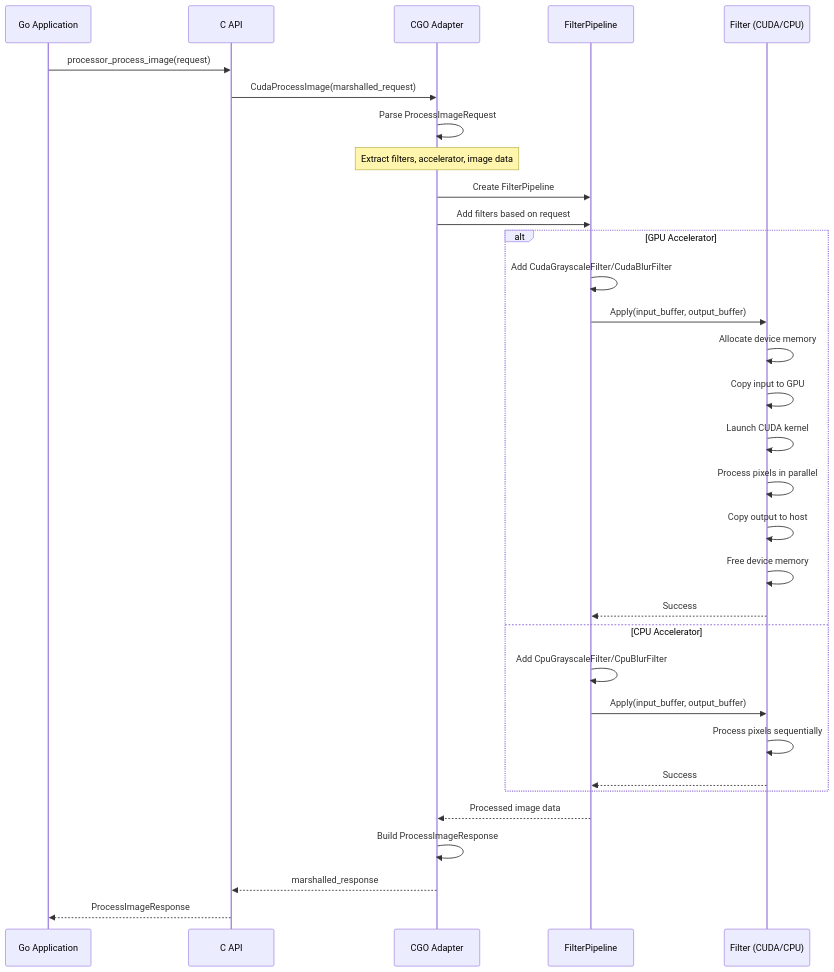
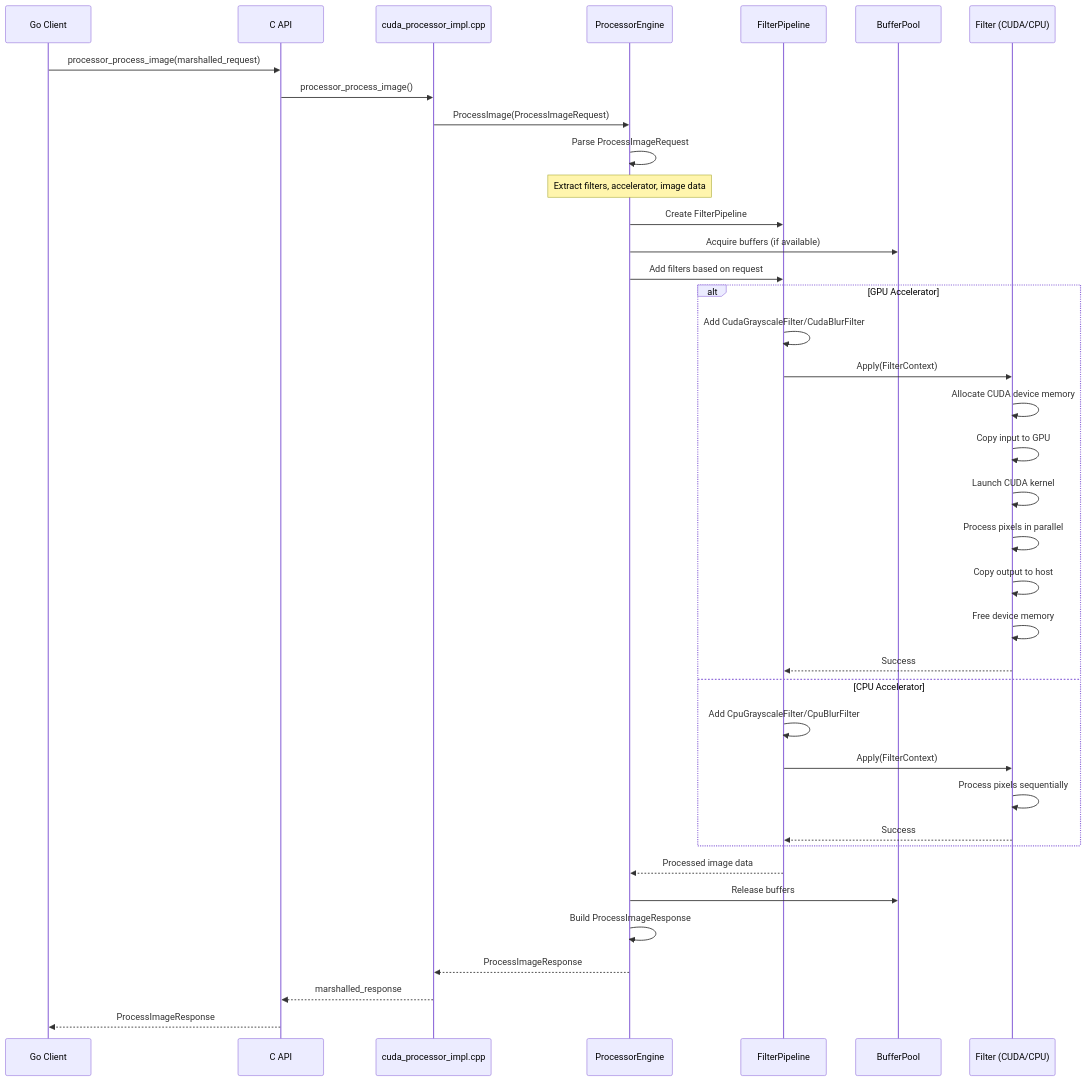
Before and after one commit to josnelihurt/learning-cuda: the fifth of 6 diagrams in cpp_accelerator/README.md, drawn with Mermaid. The commit also changed other lines of this file and 4 other files, not shown here.

````diff
--- a/cpp_accelerator/README.md
+++ b/cpp_accelerator/README.md
@@ -106,39 +198,45 @@
 ```mermaid
 sequenceDiagram
-    participant Go as Go Application
-    participant API as C API
-    participant CGO as CGO Adapter
+    participant GoClient as Go Client
+    participant CAPI as C API
+    participant Impl as cuda_processor_impl.cpp
+    participant Engine as ProcessorEngine
     participant Pipeline as FilterPipeline
+    participant BufferPool as BufferPool
     participant Filter as Filter (CUDA/CPU)
     
-    Go->>API: processor_process_image(request)
-    API->>CGO: CudaProcessImage(marshalled_request)
-    CGO->>CGO: Parse ProcessImageRequest
+    GoClient->>CAPI: processor_process_image(marshalled_request)
+    CAPI->>Impl: processor_process_image()
+    Impl->>Engine: ProcessImage(ProcessImageRequest)
     
-    Note over CGO: Extract filters, accelerator, image data
+    Engine->>Engine: Parse ProcessImageRequest
+    Note over Engine: Extract filters, accelerator, image data
     
-    CGO->>Pipeline: Create FilterPipeline
-    CGO->>Pipeline: Add filters based on request
+    Engine->>Pipeline: Create FilterPipeline
+    Engine->>BufferPool: Acquire buffers (if available)
+    Engine->>Pipeline: Add filters based on request
     
     alt GPU Accelerator
         Pipeline->>Pipeline: Add CudaGrayscaleFilter/CudaBlurFilter
-        Pipeline->>Filter: Apply(input_buffer, output_buffer)
-        Filter->>Filter: Allocate device memory
+        Pipeline->>Filter: Apply(FilterContext)
+        Filter->>Filter: Allocate CUDA device memory
         Filter->>Filter: Copy input to GPU
         Filter->>Filter: Launch CUDA kernel
         Filter->>Filter: Process pixels in parallel
         Filter->>Filter: Copy output to host
         Filter->>Filter: Free device memory
         Filter-->>Pipeline: Success
     else CPU Accelerator
         Pipeline->>Pipeline: Add CpuGrayscaleFilter/CpuBlurFilter
-        Pipeline->>Filter: Apply(input_buffer, output_buffer)
+        Pipeline->>Filter: Apply(FilterContext)
         Filter->>Filter: Process pixels sequentially
         Filter-->>Pipeline: Success
     end
     
-    Pipeline-->>CGO: Processed image data
-    CGO->>CGO: Build ProcessImageResponse
-    CGO-->>API: marshalled_response
-    API-->>Go: ProcessImageResponse
+    Pipeline-->>Engine: Processed image data
+    Engine->>BufferPool: Release buffers
+    Engine->>Engine: Build ProcessImageResponse
+    Engine-->>Impl: ProcessImageResponse
+    Impl-->>CAPI: marshalled_response
+    CAPI-->>GoClient: ProcessImageResponse
 ```
````
